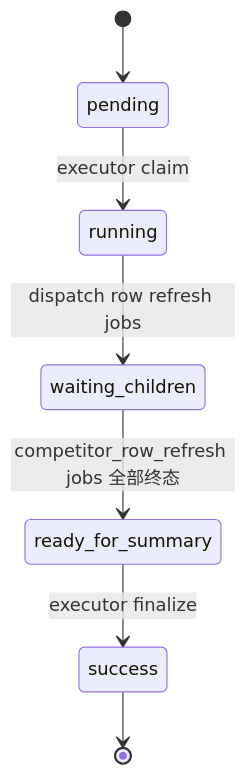
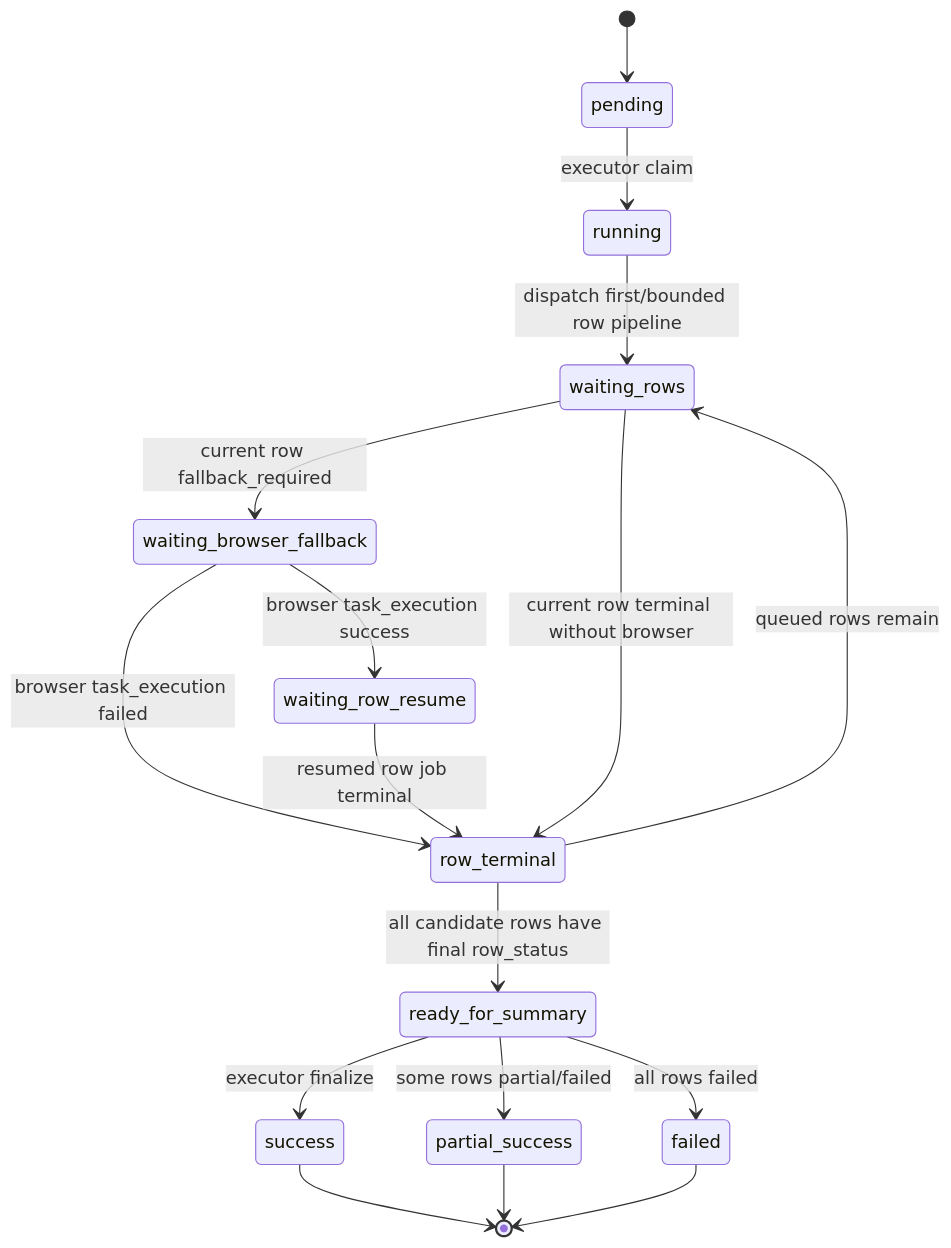
The third of 5 diagrams in docs/arch/workflow-competitor-table-design.md (knighterrantsky/mujitask), drawn with Mermaid before and after one commit. The commit also changed other lines of this file and 44 other files, not shown here.

Commit message:
Fix browser fallback resume boundaries

````diff
--- a/docs/arch/workflow-competitor-table-design.md
+++ b/docs/arch/workflow-competitor-table-design.md
@@ -188,9 +200,19 @@
 ```mermaid
 stateDiagram-v2
     [*] --> pending
     pending --> running: executor claim
-    running --> waiting_children: dispatch row refresh jobs
-    waiting_children --> ready_for_summary: competitor_row_refresh jobs 全部终态
+    running --> waiting_rows: dispatch first/bounded row pipeline
+    waiting_rows --> waiting_browser_fallback: current row fallback_required
+    waiting_browser_fallback --> waiting_row_resume: browser task_execution success
+    waiting_browser_fallback --> row_terminal: browser task_execution failed
+    waiting_row_resume --> row_terminal: resumed row job terminal
+    waiting_rows --> row_terminal: current row terminal without browser
+    row_terminal --> waiting_rows: queued rows remain
+    row_terminal --> ready_for_summary: all candidate rows have final row_status
     ready_for_summary --> success: executor finalize
+    ready_for_summary --> partial_success: some rows partial/failed
+    ready_for_summary --> failed: all rows failed
     success --> [*]
+    partial_success --> [*]
+    failed --> [*]
 ```
````
